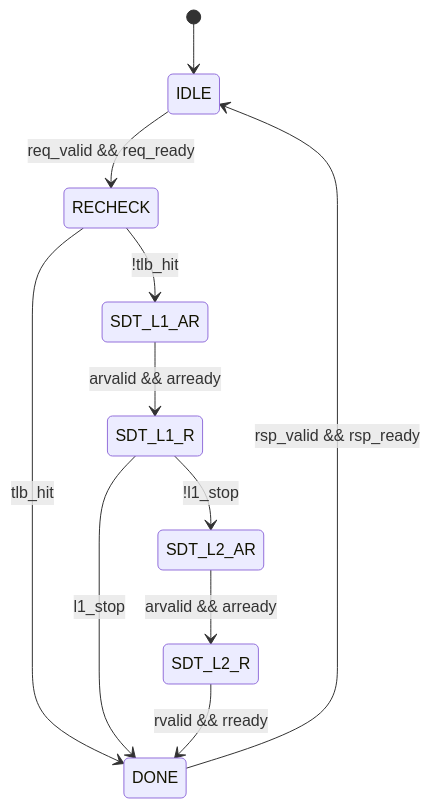
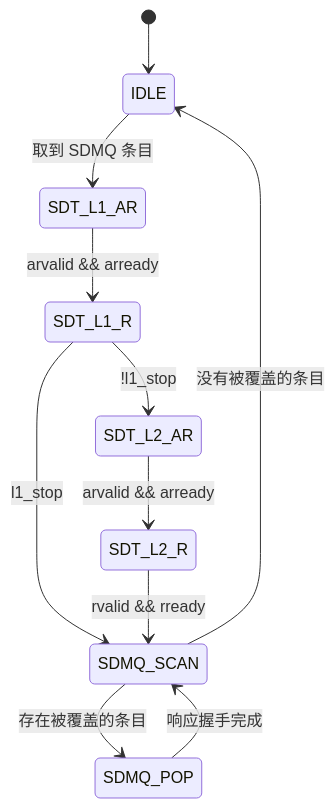
One commit to DuBirdFly/C1_SDecoder changed the third of 3 diagrams in doc/design_plan/SDecoder设计方案/SDecoder 设计方案 v0.9.md. Above: the diagram before and after it, drawn with Mermaid. The commit also changed other lines of this file, not shown here.

Commit message:
docs(design): SDPTW 状态机改为按 SDMQ 年龄清空被覆盖条目, 删除重查章节

````diff
--- a/doc/design_plan/SDecoder设计方案/SDecoder 设计方案 v0.9.md
+++ b/doc/design_plan/SDecoder设计方案/SDecoder 设计方案 v0.9.md
@@ -271,13 +271,13 @@
 ```mermaid
 stateDiagram-v2
     [*] --> IDLE
-    IDLE --> RECHECK: req_valid && req_ready
-    RECHECK --> DONE: tlb_hit
-    RECHECK --> SDT_L1_AR: !tlb_hit
+    IDLE --> SDT_L1_AR: 取到 SDMQ 条目
     SDT_L1_AR --> SDT_L1_R: arvalid && arready
-    SDT_L1_R --> DONE: l1_stop
+    SDT_L1_R --> SDMQ_SCAN: l1_stop
     SDT_L1_R --> SDT_L2_AR: !l1_stop
     SDT_L2_AR --> SDT_L2_R: arvalid && arready
-    SDT_L2_R --> DONE: rvalid && rready
-    DONE --> IDLE: rsp_valid && rsp_ready
+    SDT_L2_R --> SDMQ_SCAN: rvalid && rready
+    SDMQ_SCAN --> SDMQ_POP: 存在被覆盖的条目
+    SDMQ_SCAN --> IDLE: 没有被覆盖的条目
+    SDMQ_POP --> SDMQ_SCAN: 响应握手完成
 ```
````
